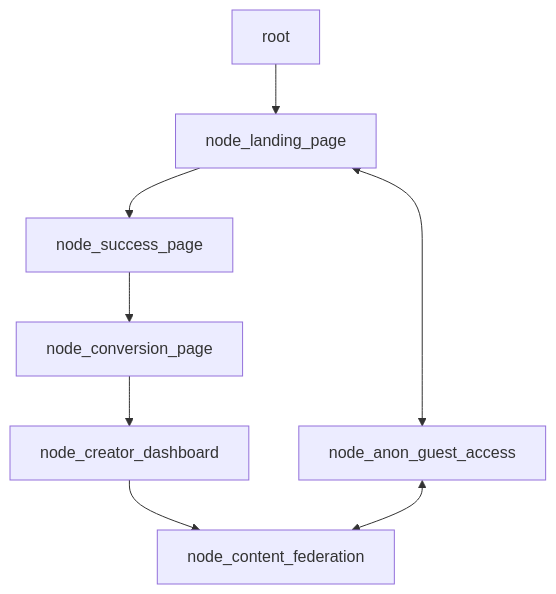
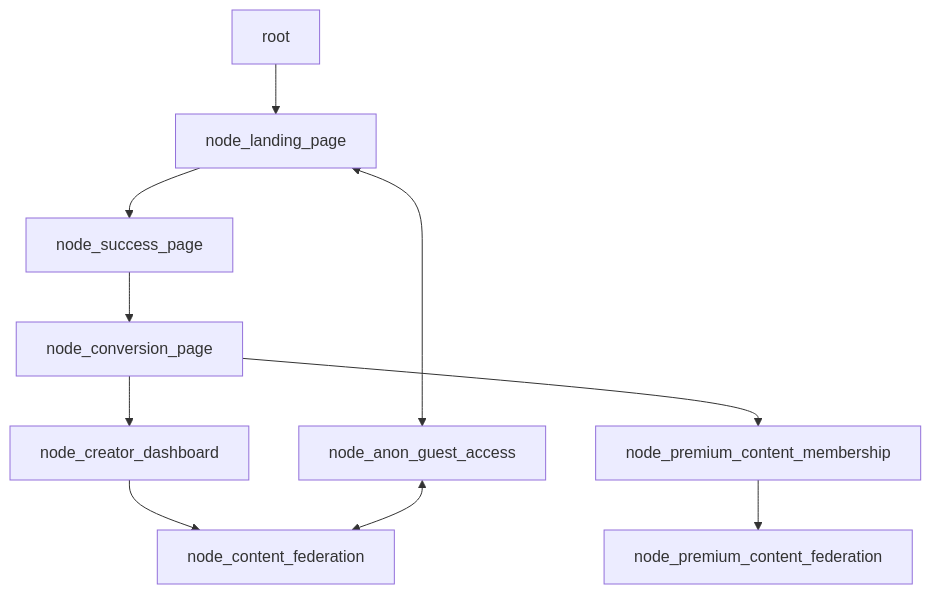
The first of 2 diagrams in README.md (WrappedUsername/apexmite-jac), drawn with Mermaid before and after one commit.

````diff
--- a/README.md
+++ b/README.md
@@ -12,10 +12,12 @@
 ```mermaid
 graph TD;
     root-->node_landing_page
     node_landing_page-->node_success_page
     node_landing_page<-->node_anon_guest_access
     node_success_page-->node_conversion_page
     node_conversion_page-->node_creator_dashboard
+    node_conversion_page-->node_premium_content_membership
+    node_premium_content_membership-->node_premium_content_federation
     node_creator_dashboard-->node_content_federation
     node_anon_guest_access<-->node_content_federation
 ```
````
